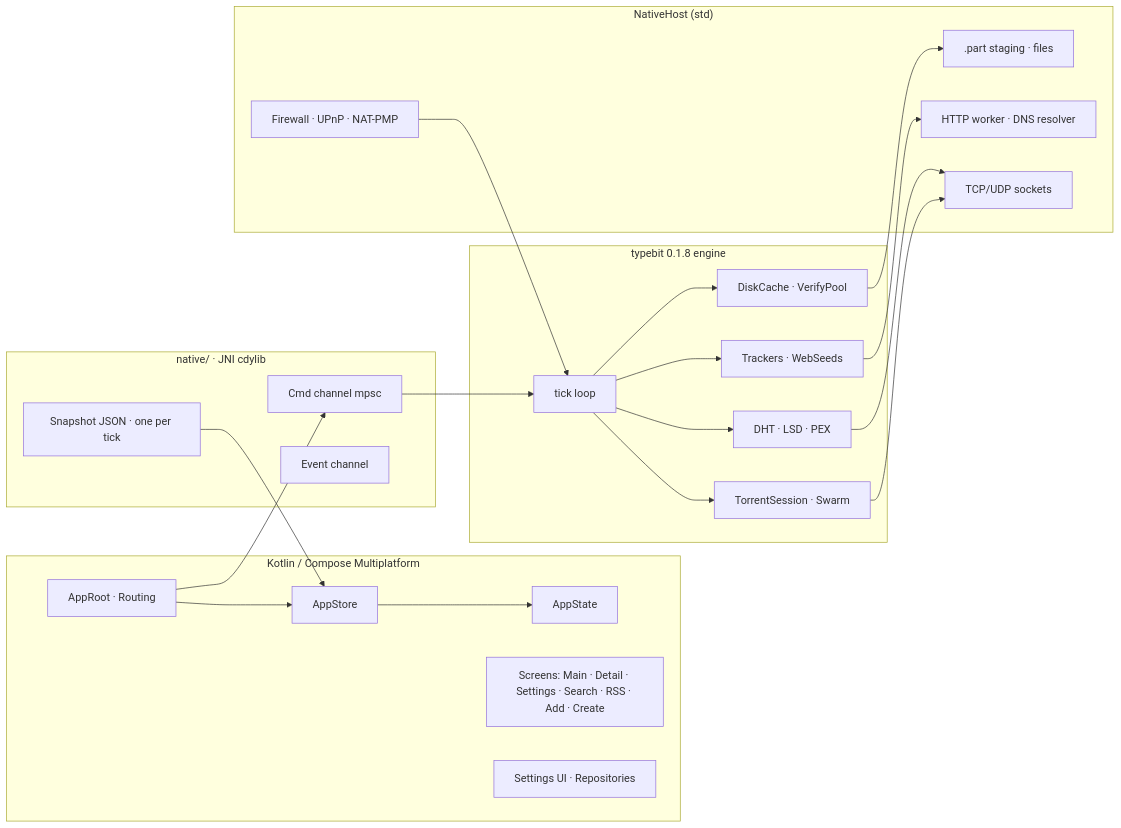
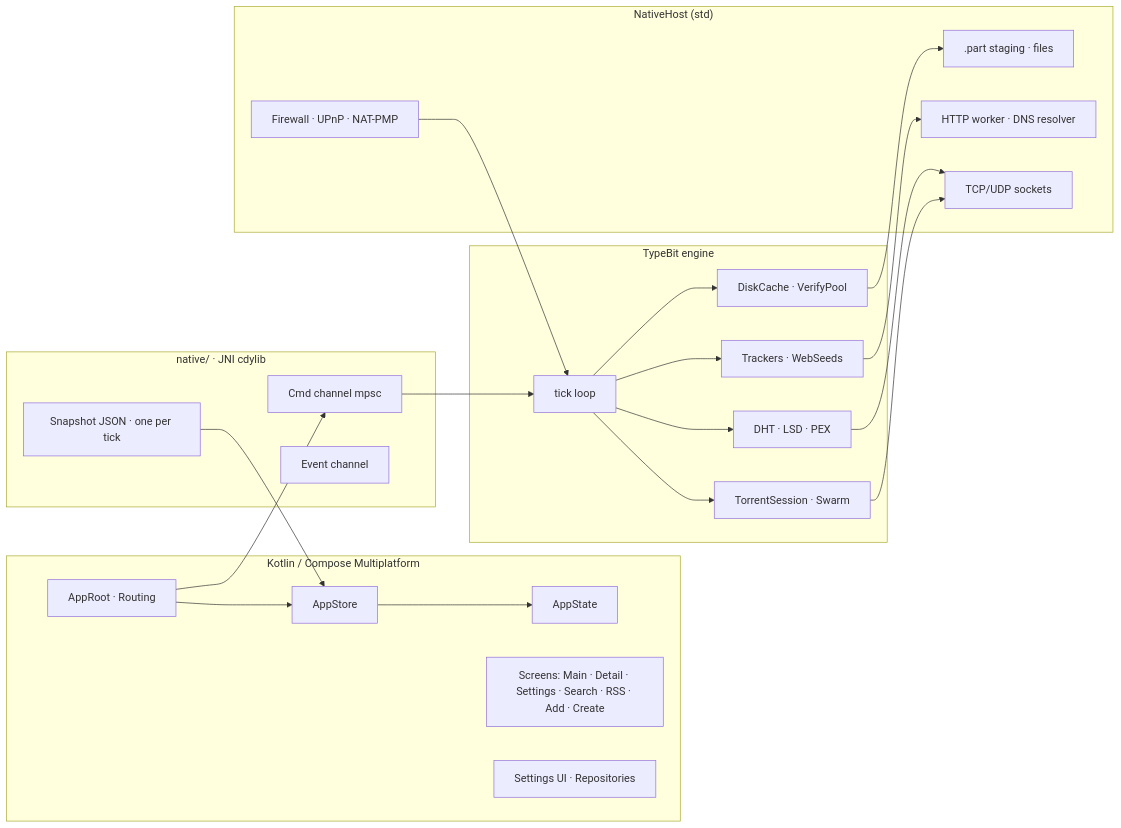
Before and after one commit to blueokanna/TypeBitTorrent: the first of 7 diagrams in README.md, drawn with Mermaid. The commit also changed other lines of this file and 54 other files, not shown here.

````diff
--- a/README.md
+++ b/README.md
@@ -8,30 +7,30 @@
 ```mermaid
 flowchart LR
     subgraph UI["Kotlin / Compose Multiplatform"]
         A[AppRoot · Routing] --> B[AppStore]
         B --> C[AppState]
         D[Screens: Main · Detail · Settings · Search · RSS · Add · Create]
         E[Settings UI · Repositories]
     end
     subgraph BRIDGE["native/ · JNI cdylib"]
         G[Cmd channel mpsc]
         H[Event channel]
         I[Snapshot JSON · one per tick]
     end
-    subgraph ENGINE["typebit 0.1.8 engine"]
+    subgraph ENGINE["TypeBit engine"]
         J[tick loop]
         K[TorrentSession · Swarm]
         L[DHT · LSD · PEX]
         M[Trackers · WebSeeds]
         N[DiskCache · VerifyPool]
     end
     subgraph HOST["NativeHost (std)"]
         O[TCP/UDP sockets]
         P[.part staging · files]
         Q[HTTP worker · DNS resolver]
         R[Firewall · UPnP · NAT-PMP]
     end
     A --> G; I --> B
     G --> J; J --> K; J --> L; J --> M; J --> N
     K --> O; N --> P; M --> Q; L --> O; R --> J
 ```
````
